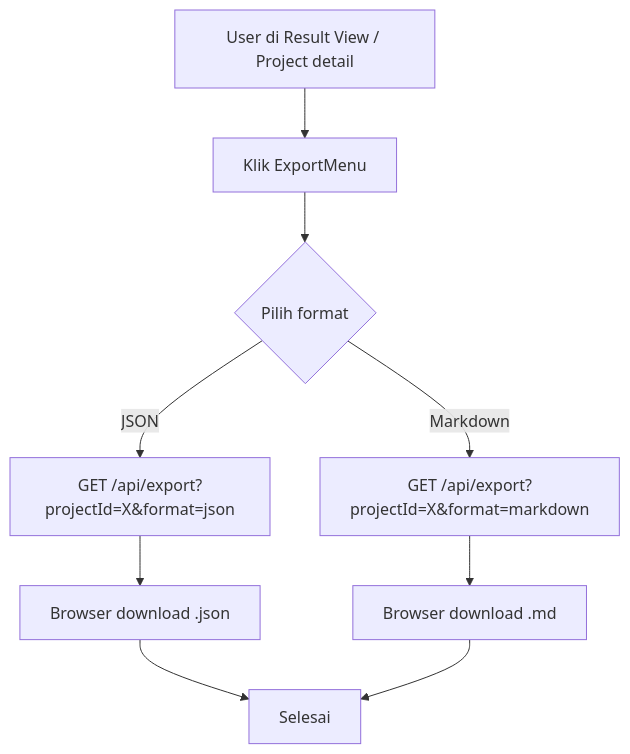
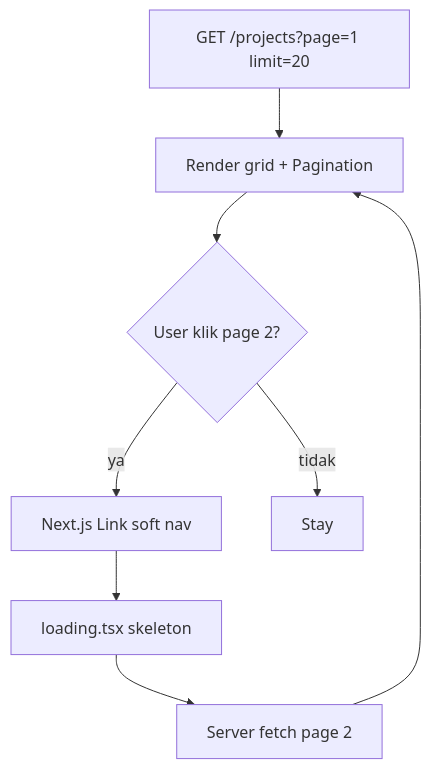
The fourth of 4 diagrams in product-docs/UIUX_SPEC.md (agrianwahab29/agrinode-promptflow), drawn with Mermaid before and after one commit. The commit also changed other lines of this file and 80 other files, not shown here.

````diff
--- a/product-docs/UIUX_SPEC.md
+++ b/product-docs/UIUX_SPEC.md
@@ -542,11 +588,10 @@
 ```mermaid
 flowchart TD
-    A[User di Result View / Project detail] --> B[Klik ExportMenu]
-    B --> C{Pilih format}
-    C -->|JSON| D[GET /api/export?projectId=X&format=json]
-    C -->|Markdown| E[GET /api/export?projectId=X&format=markdown]
-    D --> F[Browser download .json]
-    E --> G[Browser download .md]
-    F --> H[Selesai]
-    G --> H
+    A[GET /projects?page=1 limit=20] --> B[Render grid + Pagination]
+    B --> C{User klik page 2?}
+    C -->|ya| D[Next.js Link soft nav]
+    D --> E[loading.tsx skeleton]
+    E --> F[Server fetch page 2]
+    F --> B
+    C -->|tidak| G[Stay]
 ```
````
